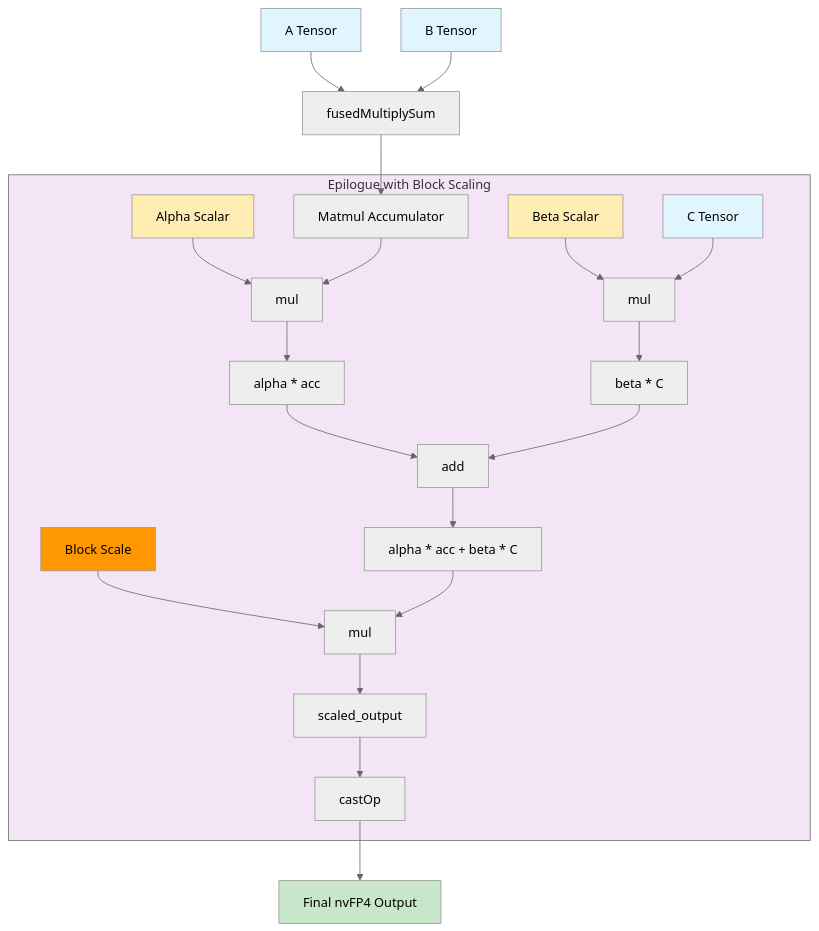
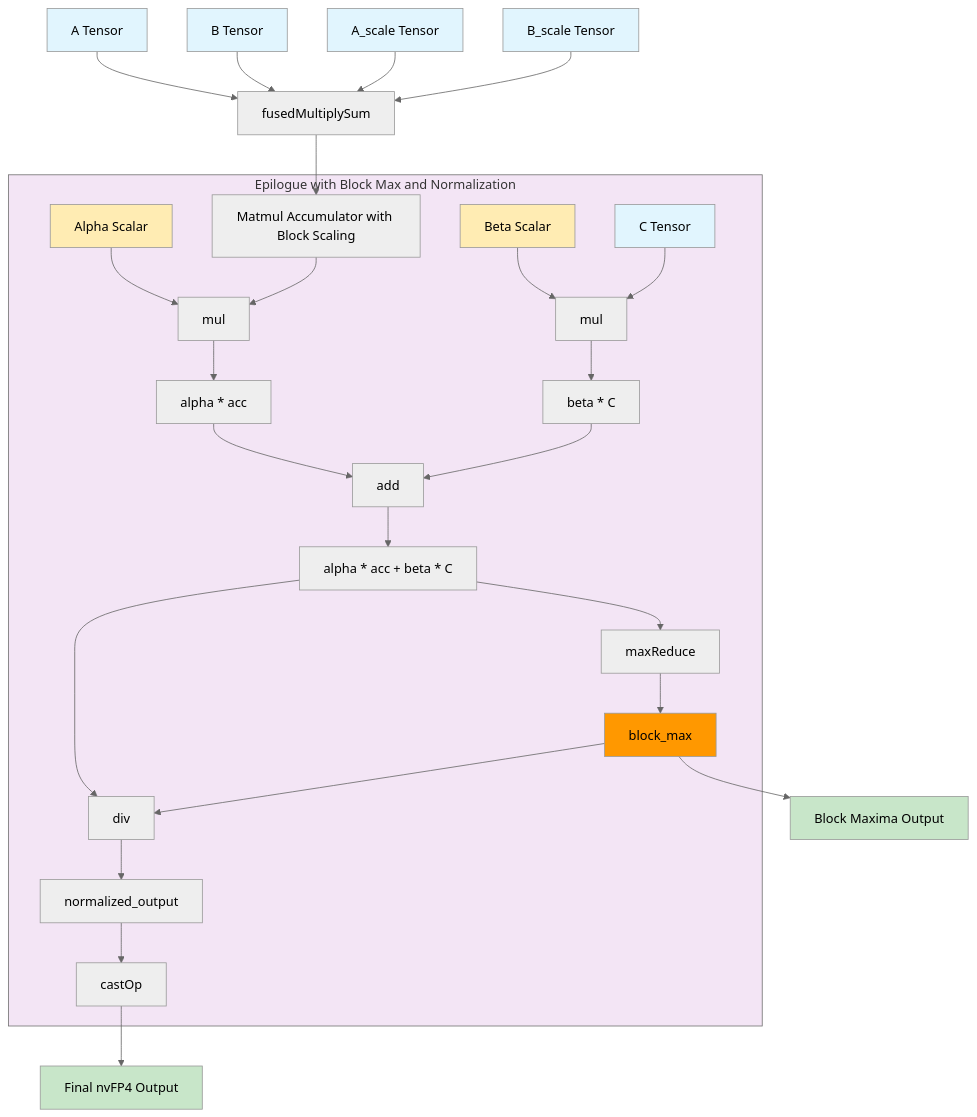
One commit to jacobhinkle/cutlass changed the seventh of 8 diagrams in NVFuserEVTTranslation.md. Above: the diagram before and after it, drawn with Mermaid (neutral theme). The commit also changed other lines of this file, not shown here.

First line of the commit message:
[AI] Update nvFP4 block scaling example with correct pattern

````diff
--- a/NVFuserEVTTranslation.md
+++ b/NVFuserEVTTranslation.md
@@ -581,33 +596,41 @@
 ```mermaid
 graph TD
     A[A Tensor] --> E[fusedMultiplySum]
     B[B Tensor] --> E
-    E --> F[Matmul Accumulator]
+    C[A_scale Tensor] --> E
+    D[B_scale Tensor] --> E
+    E --> F[Matmul Accumulator with Block Scaling]
     
-    subgraph Epilogue ["Epilogue with Block Scaling"]
+    subgraph Epilogue ["Epilogue with Block Max and Normalization"]
         G[Alpha Scalar] --> H[mul]
         F --> H
         H --> I[alpha * acc]
         J[Beta Scalar] --> K[mul]
         L[C Tensor] --> K
         K --> M[beta * C]
         I --> N[add]
         M --> N
         N --> O[alpha * acc + beta * C]
-        P[Block Scale] --> Q[mul]
-        O --> Q
-        Q --> R[scaled_output]
-        R --> S[castOp]
+        O --> P[maxReduce]
+        P --> Q[block_max]
+        O --> R[div]
+        Q --> R
+        R --> S[normalized_output]
+        S --> T[castOp]
     end
     
-    S --> T[Final nvFP4 Output]
+    T --> U[Final nvFP4 Output]
+    Q --> V[Block Maxima Output]
     
     style A fill:#e1f5fe
     style B fill:#e1f5fe
+    style C fill:#e1f5fe
+    style D fill:#e1f5fe
     style L fill:#e1f5fe
     style G fill:#ffecb3
     style J fill:#ffecb3
-    style P fill:#ff9800
-    style T fill:#c8e6c9
+    style Q fill:#ff9800
+    style U fill:#c8e6c9
+    style V fill:#c8e6c9
     style Epilogue fill:#f3e5f5
 ```
````
